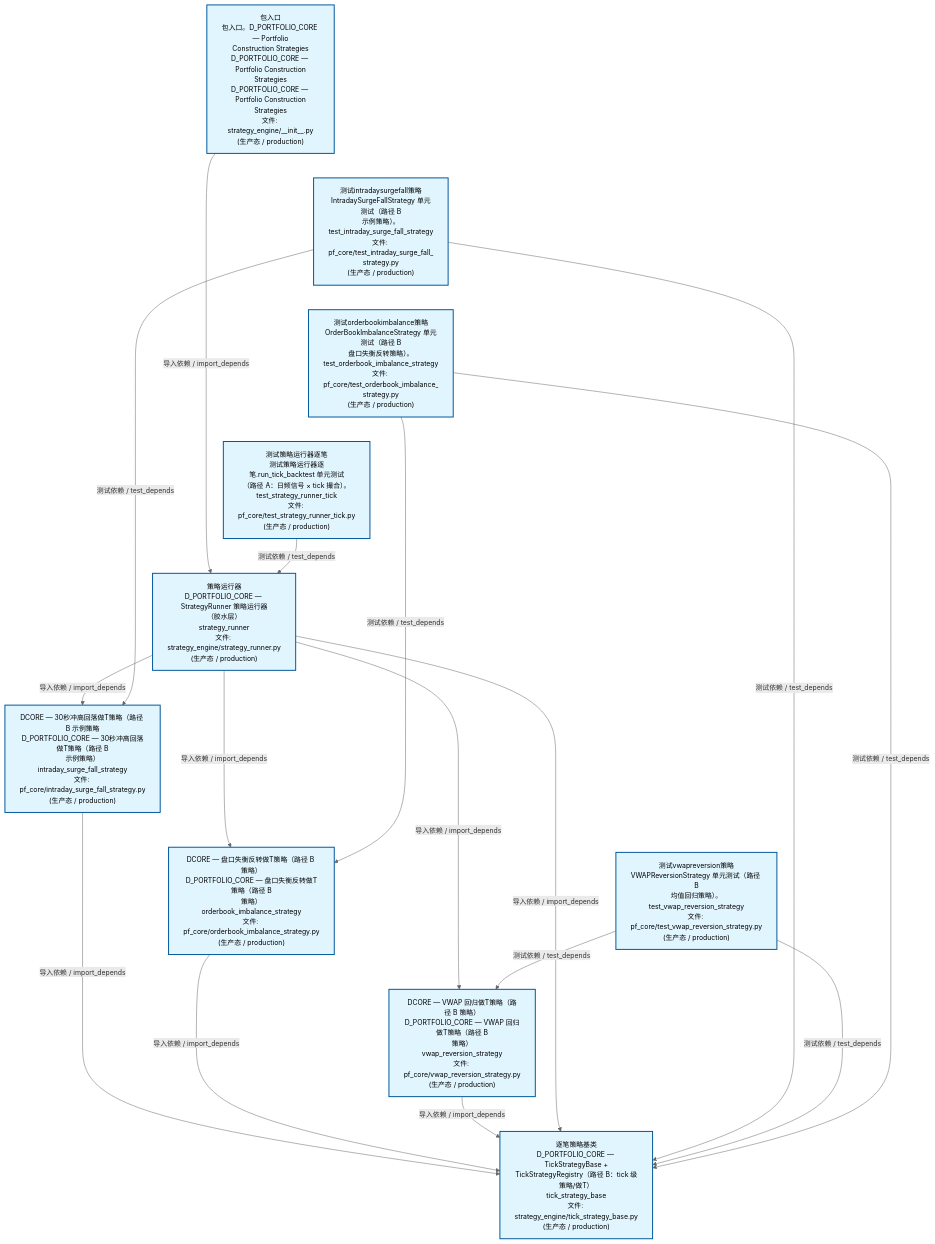
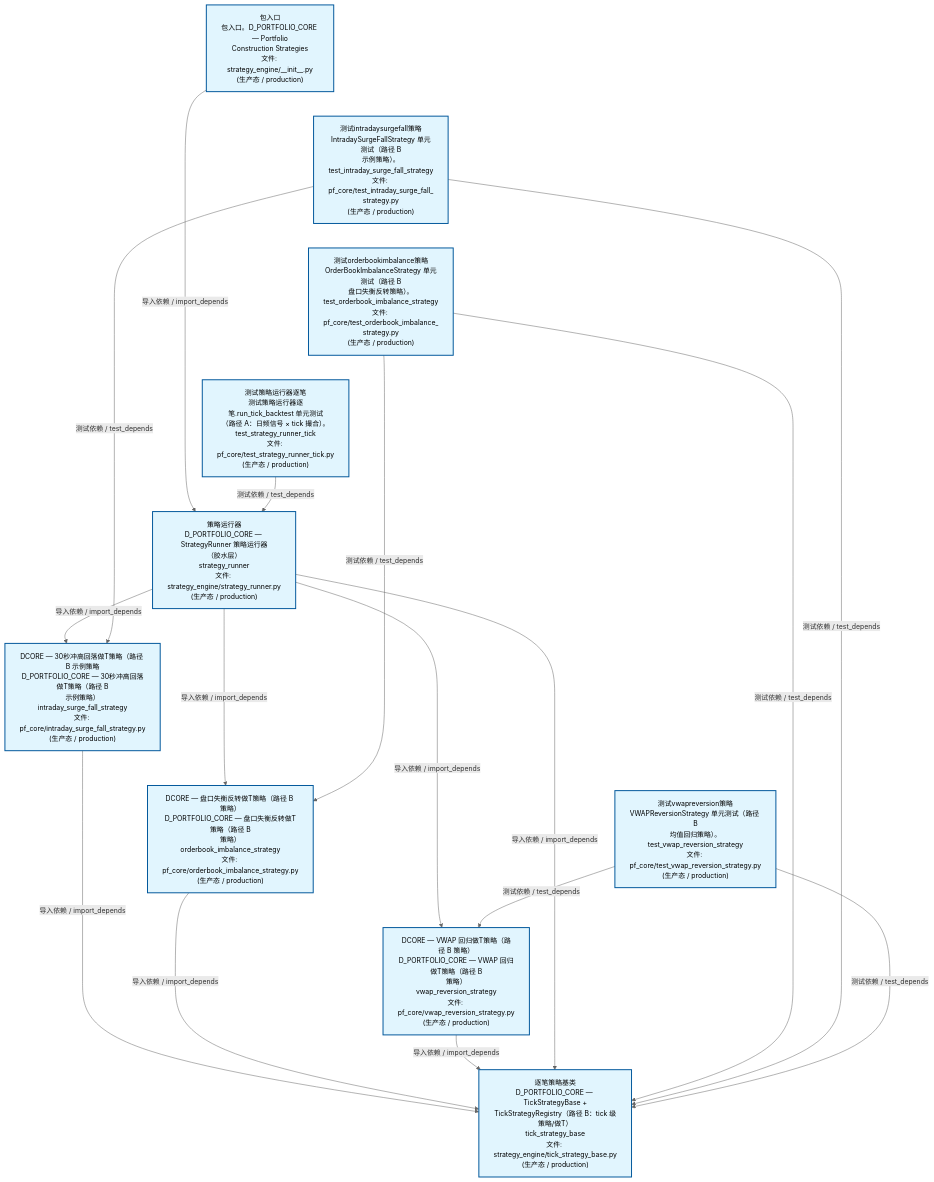
Before and after one commit to xuanFelixVan/ZephyrAlpha: the second of 4 diagrams in docs/02_enterprise_architecture/02_domain_architecture_docs/63_d_pf_core.md, drawn with Mermaid. The commit also changed other lines of this file and 60 other files, not shown here.

````diff
--- a/docs/02_enterprise_architecture/02_domain_architecture_docs/63_d_pf_core.md
+++ b/docs/02_enterprise_architecture/02_domain_architecture_docs/63_d_pf_core.md
@@ -135,40 +135,40 @@
 ```mermaid
 %%{init: {'theme': 'base', 'themeVariables': {'primaryColor': '#eaeaea', 'primaryTextColor': '#333333', 'primaryBorderColor': '#666666', 'lineColor': '#666666', 'secondaryColor': '#eaeaea', 'tertiaryColor': '#eaeaea', 'fontSize': '14px'}}}%%
 flowchart TD
-    src_zephyr_pf_core_strategy_engine_init_py["包入口<br/>包入口。D_PORTFOLIO_CORE — Portfolio<br/>Construction Strategies<br/>D_PORTFOLIO_CORE — Portfolio Construction<br/>Strategies<br/>D_PORTFOLIO_CORE — Portfolio Construction<br/>Strategies<br/>文件: strategy_engine/__init__.py<br/>(生产态 / production)"]
+    src_zephyr_pf_core_strategy_engine_init_py["包入口<br/>包入口。D_PORTFOLIO_CORE — Portfolio<br/>Construction Strategies<br/>文件: strategy_engine/__init__.py<br/>(生产态 / production)"]
     tests_pf_core_test_intraday_surge_fall_strategy_py["测试intradaysurgefall策略<br/>IntradaySurgeFallStrategy 单元测试（路径 B<br/>示例策略）。<br/>test_intraday_surge_fall_strategy<br/>文件: pf_core/test_intraday_surge_fall_<br/>strategy.py<br/>(生产态 / production)"]
     tests_pf_core_test_orderbook_imbalance_strategy_py["测试orderbookimbalance策略<br/>OrderBookImbalanceStrategy 单元测试（路径 B<br/>盘口失衡反转策略）。<br/>test_orderbook_imbalance_strategy<br/>文件: pf_core/test_orderbook_imbalance_<br/>strategy.py<br/>(生产态 / production)"]
     tests_pf_core_test_strategy_runner_tick_py["测试策略运行器逐笔<br/>测试策略运行器逐笔.run_tick_backtest 单元测试<br/>（路径 A：日频信号 × tick 撮合）。<br/>test_strategy_runner_tick<br/>文件: pf_core/test_strategy_runner_tick.py<br/>(生产态 / production)"]
     tests_pf_core_test_vwap_reversion_strategy_py["测试vwapreversion策略<br/>VWAPReversionStrategy 单元测试（路径 B<br/>均值回归策略）。<br/>test_vwap_reversion_strategy<br/>文件: pf_core/test_vwap_reversion_strategy.py<br/>(生产态 / production)"]
     src_zephyr_pf_core_strategy_engine_init_py ~~~ tests_pf_core_test_intraday_surge_fall_strategy_py
     tests_pf_core_test_intraday_surge_fall_strategy_py ~~~ tests_pf_core_test_orderbook_imbalance_strategy_py
     tests_pf_core_test_orderbook_imbalance_strategy_py ~~~ tests_pf_core_test_strategy_runner_tick_py
     tests_pf_core_test_strategy_runner_tick_py ~~~ tests_pf_core_test_vwap_reversion_strategy_py
     src_zephyr_pf_core_strategy_engine_strategy_runner_py["策略运行器<br/>D_PORTFOLIO_CORE — StrategyRunner 策略运行器<br/>（胶水层）<br/>strategy_runner<br/>文件: strategy_engine/strategy_runner.py<br/>(生产态 / production)"]
     src_zephyr_pf_core_intraday_surge_fall_strategy_py["DCORE — 30秒冲高回落做T策略（路径 B 示例策略<br/>D_PORTFOLIO_CORE — 30秒冲高回落做T策略（路径 B<br/>示例策略）<br/>intraday_surge_fall_strategy<br/>文件: pf_core/intraday_surge_fall_strategy.py<br/>(生产态 / production)"]
     src_zephyr_pf_core_orderbook_imbalance_strategy_py["DCORE — 盘口失衡反转做T策略（路径 B 策略）<br/>D_PORTFOLIO_CORE — 盘口失衡反转做T策略（路径 B<br/>策略）<br/>orderbook_imbalance_strategy<br/>文件: pf_core/orderbook_imbalance_strategy.py<br/>(生产态 / production)"]
     src_zephyr_pf_core_vwap_reversion_strategy_py["DCORE — VWAP 回归做T策略（路径 B 策略）<br/>D_PORTFOLIO_CORE — VWAP 回归做T策略（路径 B<br/>策略）<br/>vwap_reversion_strategy<br/>文件: pf_core/vwap_reversion_strategy.py<br/>(生产态 / production)"]
     src_zephyr_pf_core_intraday_surge_fall_strategy_py ~~~ src_zephyr_pf_core_orderbook_imbalance_strategy_py
     src_zephyr_pf_core_orderbook_imbalance_strategy_py ~~~ src_zephyr_pf_core_vwap_reversion_strategy_py
     src_zephyr_pf_core_strategy_engine_tick_strategy_base_py["逐笔策略基类<br/>D_PORTFOLIO_CORE — TickStrategyBase +<br/>TickStrategyRegistry（路径 B：tick 级策略/做T）<br/>tick_strategy_base<br/>文件: strategy_engine/tick_strategy_base.py<br/>(生产态 / production)"]
     src_zephyr_pf_core_intraday_surge_fall_strategy_py -->|导入依赖 / import_depends| src_zephyr_pf_core_strategy_engine_tick_strategy_base_py
     src_zephyr_pf_core_orderbook_imbalance_strategy_py -->|导入依赖 / import_depends| src_zephyr_pf_core_strategy_engine_tick_strategy_base_py
     src_zephyr_pf_core_vwap_reversion_strategy_py -->|导入依赖 / import_depends| src_zephyr_pf_core_strategy_engine_tick_strategy_base_py
+    src_zephyr_pf_core_strategy_engine_init_py -->|导入依赖 / import_depends| src_zephyr_pf_core_strategy_engine_strategy_runner_py
     src_zephyr_pf_core_strategy_engine_strategy_runner_py -->|导入依赖 / import_depends| src_zephyr_pf_core_intraday_surge_fall_strategy_py
     src_zephyr_pf_core_strategy_engine_strategy_runner_py -->|导入依赖 / import_depends| src_zephyr_pf_core_orderbook_imbalance_strategy_py
     src_zephyr_pf_core_strategy_engine_strategy_runner_py -->|导入依赖 / import_depends| src_zephyr_pf_core_vwap_reversion_strategy_py
     src_zephyr_pf_core_strategy_engine_strategy_runner_py -->|导入依赖 / import_depends| src_zephyr_pf_core_strategy_engine_tick_strategy_base_py
-    src_zephyr_pf_core_strategy_engine_init_py -->|导入依赖 / import_depends| src_zephyr_pf_core_strategy_engine_strategy_runner_py
+    tests_pf_core_test_orderbook_imbalance_strategy_py -->|测试依赖 / test_depends| src_zephyr_pf_core_orderbook_imbalance_strategy_py
+    tests_pf_core_test_orderbook_imbalance_strategy_py -->|测试依赖 / test_depends| src_zephyr_pf_core_strategy_engine_tick_strategy_base_py
+    tests_pf_core_test_strategy_runner_tick_py -->|测试依赖 / test_depends| src_zephyr_pf_core_strategy_engine_strategy_runner_py
     tests_pf_core_test_intraday_surge_fall_strategy_py -->|测试依赖 / test_depends| src_zephyr_pf_core_intraday_surge_fall_strategy_py
     tests_pf_core_test_intraday_surge_fall_strategy_py -->|测试依赖 / test_depends| src_zephyr_pf_core_strategy_engine_tick_strategy_base_py
-    tests_pf_core_test_strategy_runner_tick_py -->|测试依赖 / test_depends| src_zephyr_pf_core_strategy_engine_strategy_runner_py
     tests_pf_core_test_vwap_reversion_strategy_py -->|测试依赖 / test_depends| src_zephyr_pf_core_vwap_reversion_strategy_py
     tests_pf_core_test_vwap_reversion_strategy_py -->|测试依赖 / test_depends| src_zephyr_pf_core_strategy_engine_tick_strategy_base_py
-    tests_pf_core_test_orderbook_imbalance_strategy_py -->|测试依赖 / test_depends| src_zephyr_pf_core_orderbook_imbalance_strategy_py
-    tests_pf_core_test_orderbook_imbalance_strategy_py -->|测试依赖 / test_depends| src_zephyr_pf_core_strategy_engine_tick_strategy_base_py
     classDef production fill:#e1f5fe,stroke:#01579b,stroke-width:2px,color:#000
     classDef design fill:#fff3e0,stroke:#e65100,stroke-width:2px,color:#000,stroke-dasharray: 5 5
     classDef external_prod fill:#e8f4fd,stroke:#0277bd,stroke-width:1px,color:#000
     classDef external_design fill:#fff8e7,stroke:#ef6c00,stroke-width:1px,color:#000,stroke-dasharray: 5 5
     class src_zephyr_pf_core_intraday_surge_fall_strategy_py,src_zephyr_pf_core_orderbook_imbalance_strategy_py,src_zephyr_pf_core_strategy_engine_init_py,src_zephyr_pf_core_strategy_engine_strategy_runner_py,src_zephyr_pf_core_strategy_engine_tick_strategy_base_py,src_zephyr_pf_core_vwap_reversion_strategy_py,tests_pf_core_test_intraday_surge_fall_strategy_py,tests_pf_core_test_orderbook_imbalance_strategy_py,tests_pf_core_test_strategy_runner_tick_py,tests_pf_core_test_vwap_reversion_strategy_py production
 ```
````
